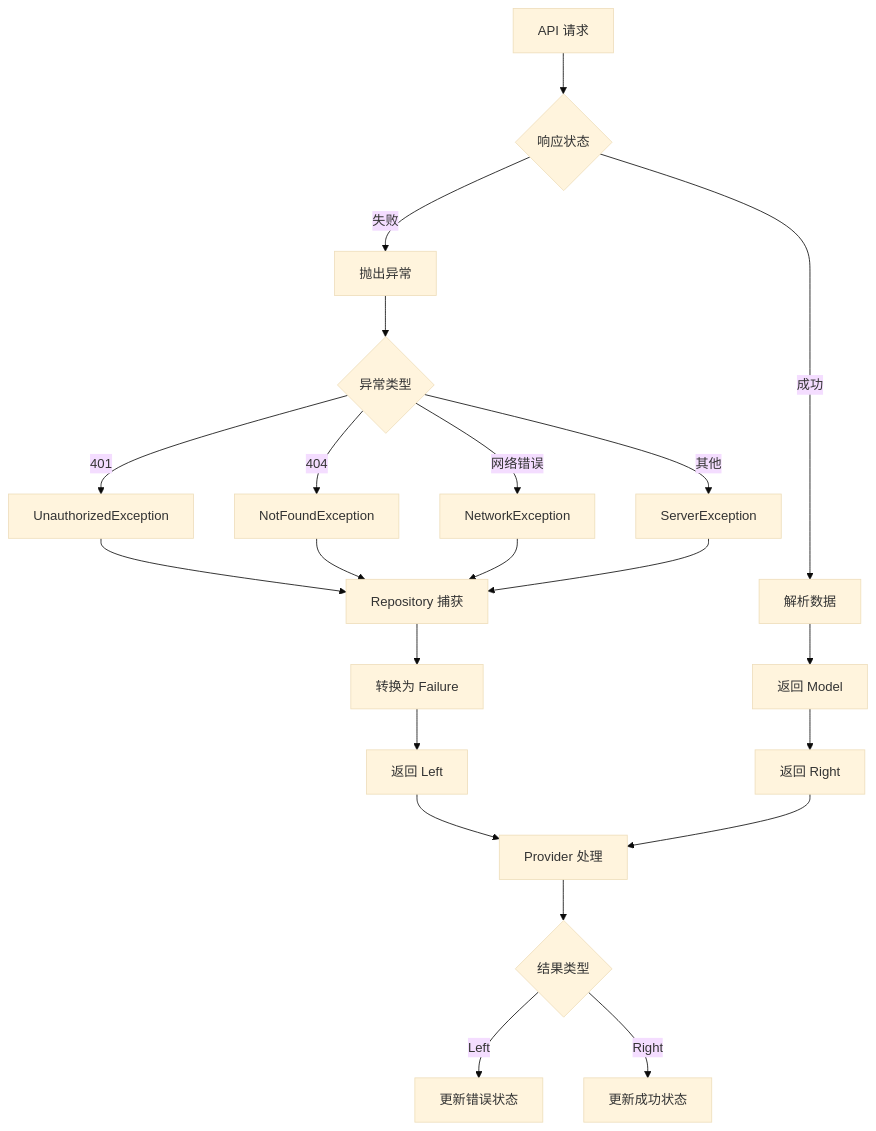
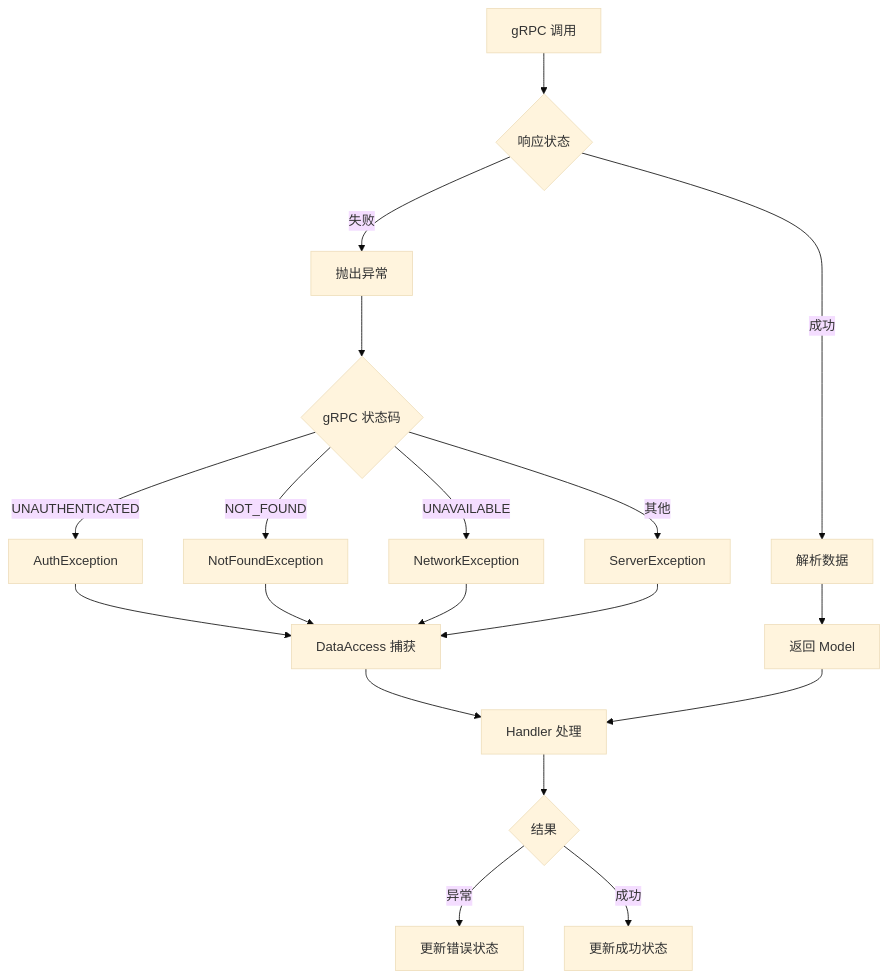
Before and after one commit to funcdfs/lesser: the fourth of 6 diagrams in client/mobile_flutter/docs/architecture_flow.md, drawn with Mermaid (base theme). The commit also changed other lines of this file and 243 other files, not shown here.

````diff
--- a/client/mobile_flutter/docs/architecture_flow.md
+++ b/client/mobile_flutter/docs/architecture_flow.md
@@ -234,29 +258,25 @@
 ```mermaid
 graph TD
-    A[API 请求] --> B{响应状态}
+    A[gRPC 调用] --> B{响应状态}
     B -->|成功| C[解析数据]
     B -->|失败| D[抛出异常]
     
-    D --> E{异常类型}
-    E -->|401| F[UnauthorizedException]
-    E -->|404| G[NotFoundException]
-    E -->|网络错误| H[NetworkException]
+    D --> E{gRPC 状态码}
+    E -->|UNAUTHENTICATED| F[AuthException]
+    E -->|NOT_FOUND| G[NotFoundException]
+    E -->|UNAVAILABLE| H[NetworkException]
     E -->|其他| I[ServerException]
     
     C --> J[返回 Model]
-    F --> K[Repository 捕获]
+    F --> K[DataAccess 捕获]
     G --> K
     H --> K
     I --> K
     
-    K --> L[转换为 Failure]
-    L --> M[返回 Left<Failure>]
-    J --> N[返回 Right<Data>]
+    K --> L[Handler 处理]
+    J --> L
     
-    M --> O[Provider 处理]
-    N --> O
-    
-    O --> P{结果类型}
-    P -->|Left| Q[更新错误状态]
-    P -->|Right| R[更新成功状态]
+    L --> M{结果}
+    M -->|异常| N[更新错误状态]
+    M -->|成功| O[更新成功状态]
 ```
````
